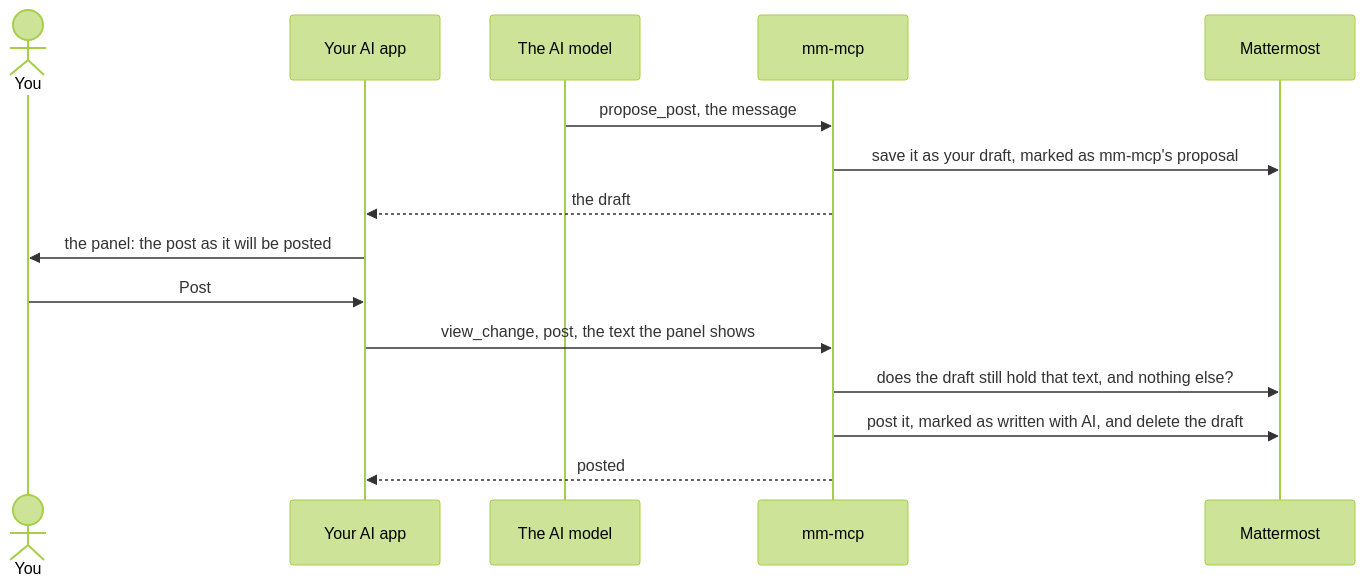
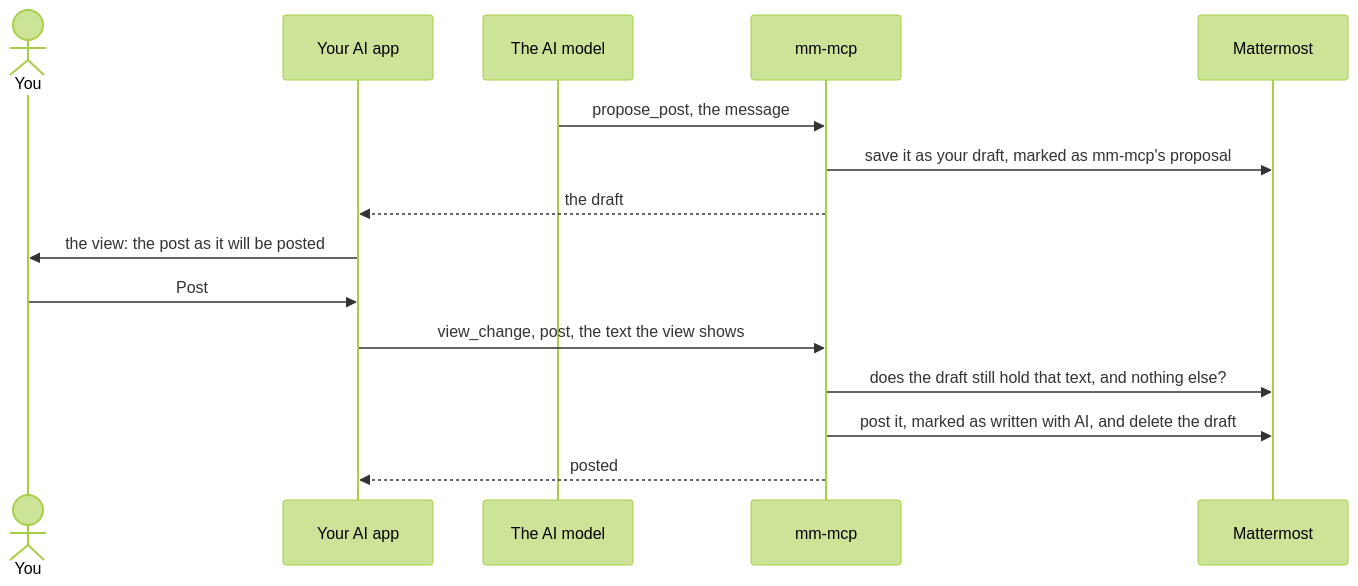
Before and after one commit to vriesdemichael/mm-mcp: the diagram in docs/site/views.md, drawn with Mermaid (forest theme). The commit also changed other lines of this file and 8 other files, not shown here.

````diff
--- a/docs/site/views.md
+++ b/docs/site/views.md
@@ -183,17 +191,17 @@
     ```mermaid
     sequenceDiagram
         actor You
         participant App as Your AI app
         participant Model as The AI model
         participant mm as mm-mcp
         participant MM as Mattermost
         Model->>mm: propose_post, the message
         mm->>MM: save it as your draft, marked as mm-mcp's proposal
         mm-->>App: the draft
-        App->>You: the panel: the post as it will be posted
+        App->>You: the view: the post as it will be posted
         You->>App: Post
-        App->>mm: view_change, post, the text the panel shows
+        App->>mm: view_change, post, the text the view shows
         mm->>MM: does the draft still hold that text, and nothing else?
         mm->>MM: post it, marked as written with AI, and delete the draft
         mm-->>App: posted
     ```
````
